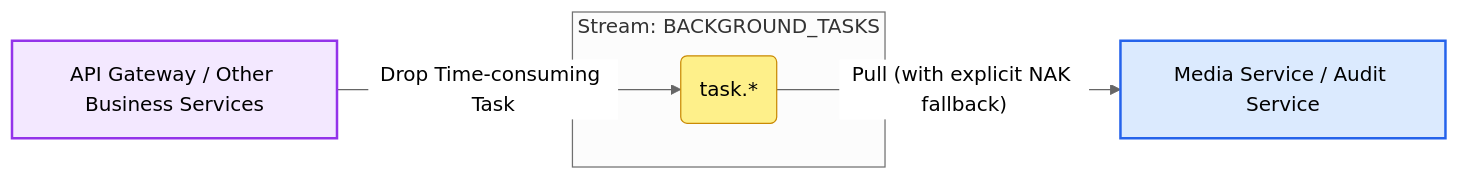
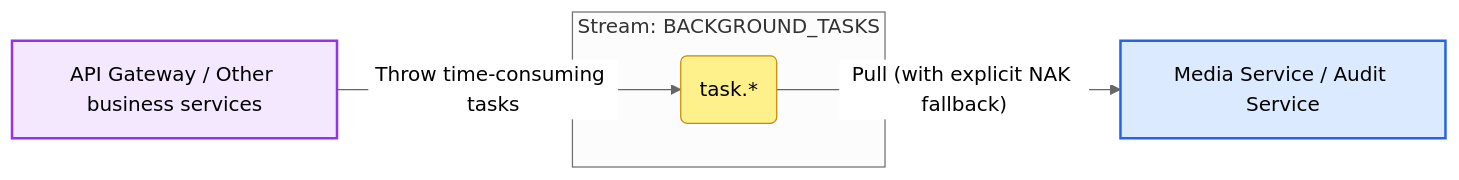
Diagram 12 of 13 in docs/devdocs/jetstream-strategy.md (JamesWilson19970101/ocean.chat.docs), drawn with Mermaid (neutral theme) before and after one commit. The commit also changed other lines of this file and 1 other file, not shown here.

````diff
--- a/docs/devdocs/jetstream-strategy.md
+++ b/docs/devdocs/jetstream-strategy.md
@@ -484,16 +558,16 @@
 ```mermaid
 flowchart LR
   classDef gateway fill:#f3e8ff,stroke:#9333ea,stroke-width:2px,color:#000;
   classDef service fill:#dbeafe,stroke:#2563eb,stroke-width:2px,color:#000;
   classDef subject fill:#fef08a,stroke:#ca8a04,stroke-width:1px,color:#000;
 
-  P[API Gateway / Other Business Services]:::gateway
+  P[API Gateway / Other business services]:::gateway
   C[Media Service / Audit Service]:::service
 
   subgraph Stream: BACKGROUND_TASKS
     SUB(task.*):::subject
   end
 
-  P -- Drop Time-consuming Task --> SUB
+  P -- Throw time-consuming tasks --> SUB
   SUB -- Pull (with explicit NAK fallback) --> C
 ```
````
